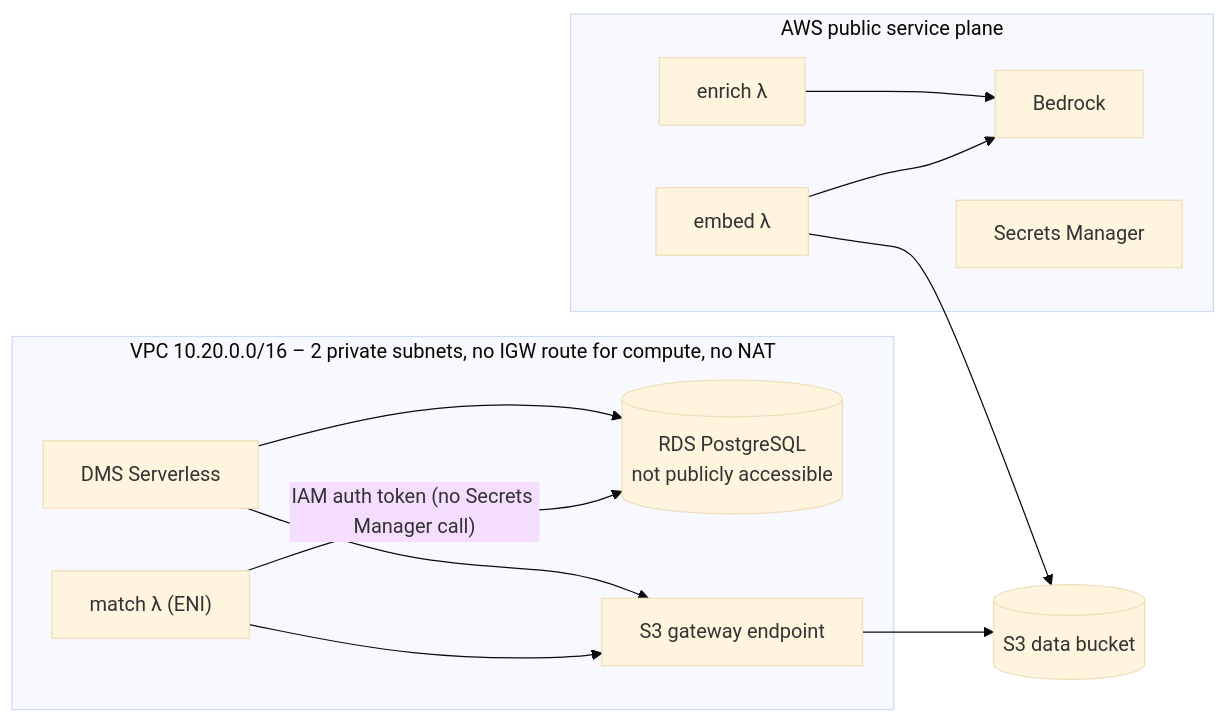
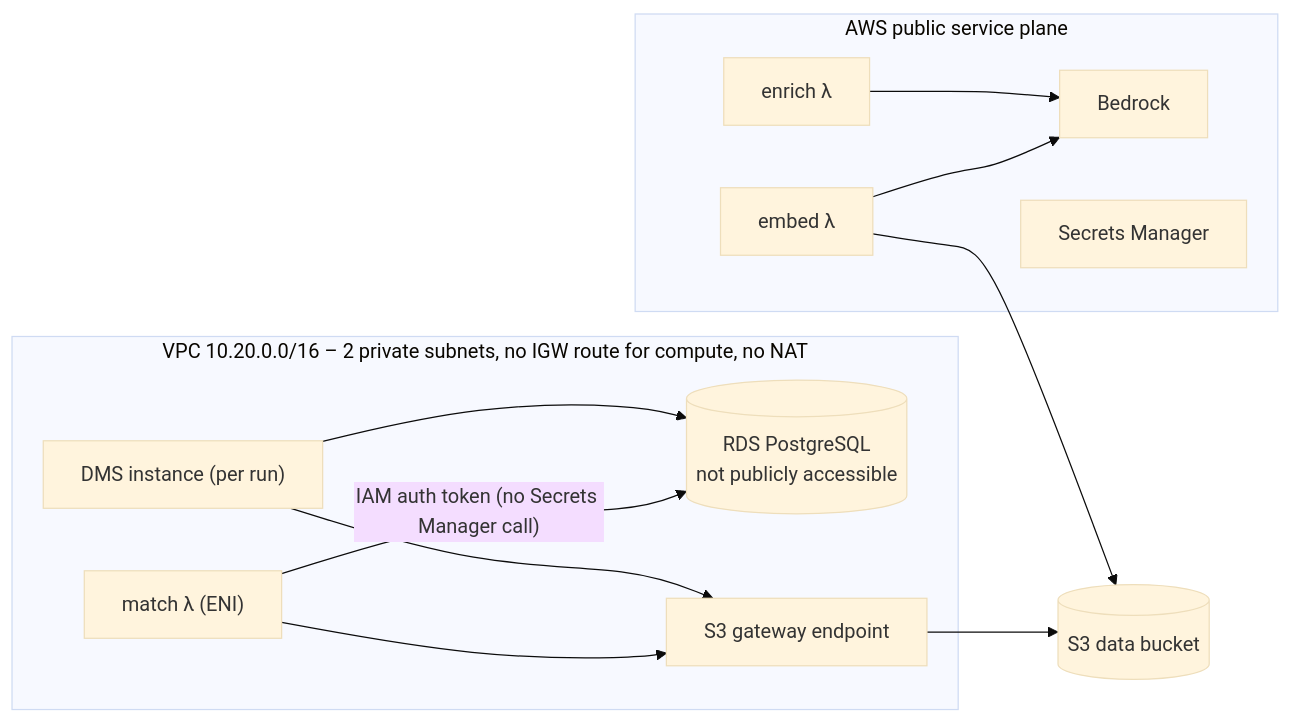
One commit to saravanaprabhu1398-afk/stellenradar changed the fifth of 5 diagrams in docs/02-system-design.md. Above: the diagram before and after it, drawn with Mermaid (base theme). The commit also changed other lines of this file and 8 other files, not shown here.

First line of the commit message:
docs: add data model, security, cost model and test plan; replace DMS Serverless with per-run instance (ADR-009)

````diff
--- a/docs/02-system-design.md
+++ b/docs/02-system-design.md
@@ -256,24 +256,24 @@
 ```mermaid
 flowchart LR
     subgraph AWS["AWS public service plane"]
         EMB["embed λ"]
         ENR["enrich λ"]
         BDR["Bedrock"]
         SSM["Secrets Manager"]
     end
     subgraph VPC["VPC 10.20.0.0/16 – 2 private subnets, no IGW route for compute, no NAT"]
         MAT["match λ (ENI)"]
-        DMS["DMS Serverless"]
+        DMS["DMS instance (per run)"]
         RDS[("RDS PostgreSQL<br/>not publicly accessible")]
         GW["S3 gateway endpoint"]
     end
     S3[("S3 data bucket")]
 
     EMB --> BDR
     ENR --> BDR
     EMB --> S3
     MAT --> GW --> S3
     DMS --> GW
     MAT -->|"IAM auth token (no Secrets Manager call)"| RDS
     DMS --> RDS
 ```
````
